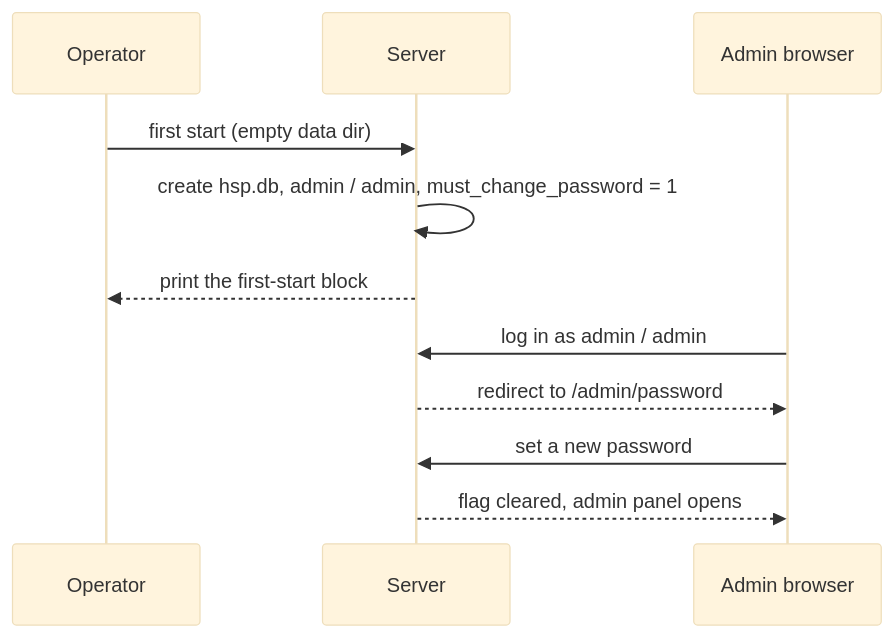
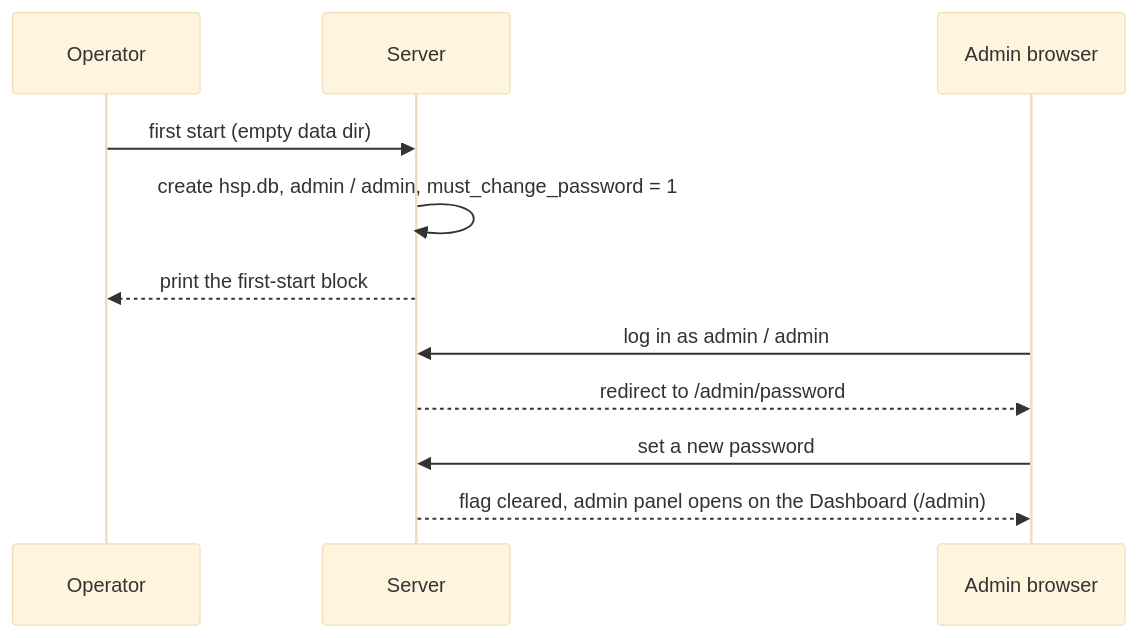
One commit to pysf/HotspotPlusLight changed the fifth of 5 diagrams in README.md. Above: the diagram before and after it, drawn with Mermaid (base theme). The commit also changed other lines of this file and 24 other files, not shown here.

````diff
--- a/README.md
+++ b/README.md
@@ -90,13 +90,13 @@
 ```mermaid
 sequenceDiagram
     participant O as Operator
     participant S as Server
     participant A as Admin browser
     O->>S: first start (empty data dir)
     S->>S: create hsp.db, admin / admin, must_change_password = 1
     S-->>O: print the first-start block
     A->>S: log in as admin / admin
     S-->>A: redirect to /admin/password
     A->>S: set a new password
-    S-->>A: flag cleared, admin panel opens
+    S-->>A: flag cleared, admin panel opens on the Dashboard (/admin)
 ```
````
